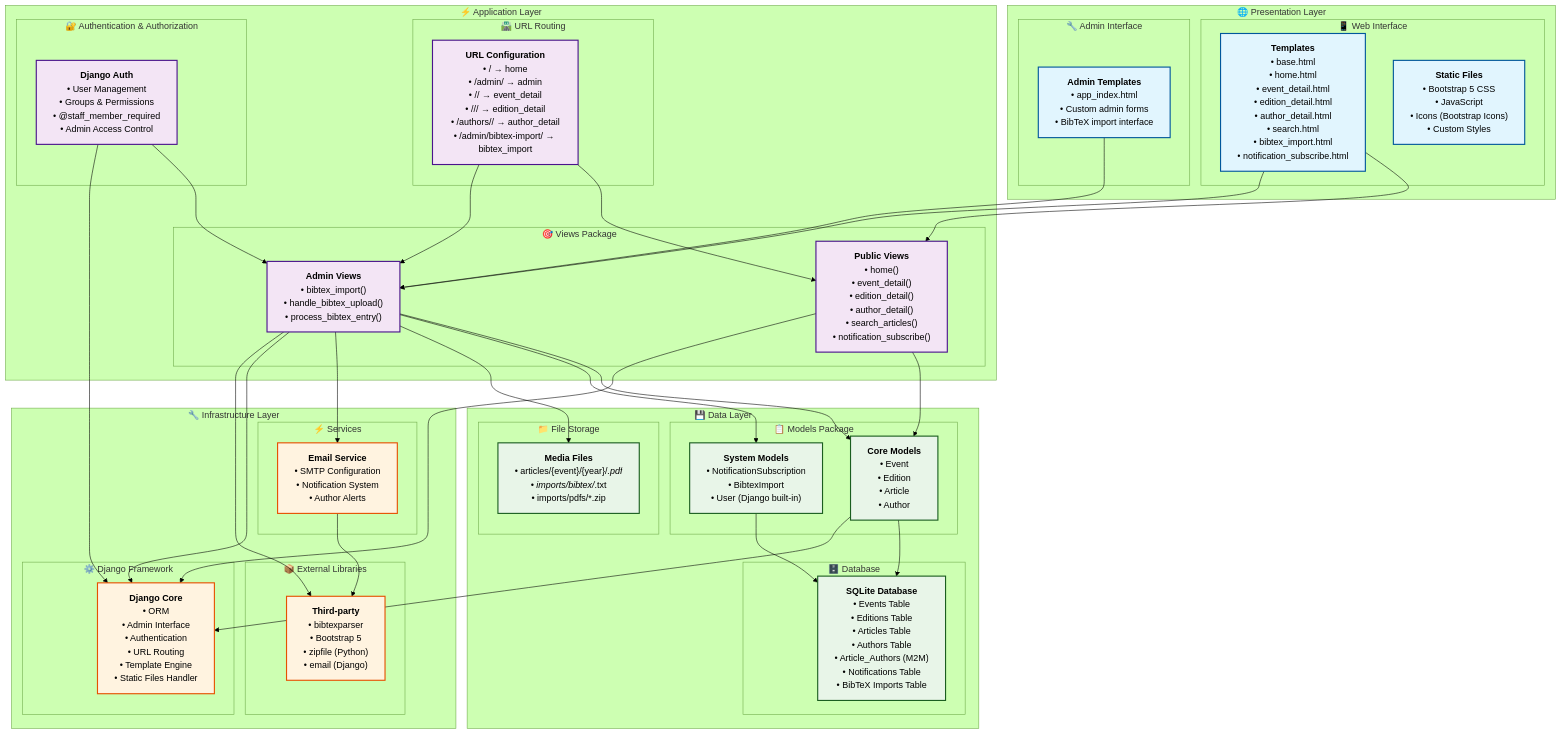
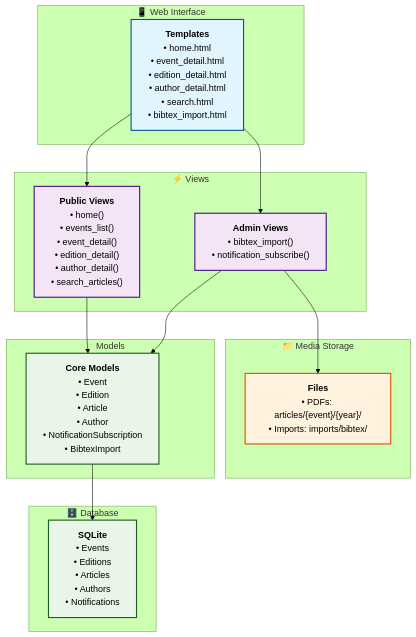
One commit to HaniBR01/paperpaper changed the diagram in docs/package-diagram.md. Above: the diagram before and after it, drawn with Mermaid (forest theme). The commit also changed other lines of this file, not shown here.

Commit message:
docs: simplifica diagrama de pacotes para essencial
- Remove camadas complexas e foca apenas nos componentes principais
- Mantém estrutura MVT do Django: Templates → Views → Models
- Inclui apenas os 5 pacotes essenciais do sistema
- Remove descrições extensas deixando apenas o diagrama
- Melhora legibilidade e clareza da arquitetura
- Cores organizadas por tipo de componente

````diff
--- a/docs/package-diagram.md
+++ b/docs/package-diagram.md
@@ -5,163 +3,70 @@
 ```mermaid
 graph TB
-    subgraph "🌐 Presentation Layer"
-        subgraph "📱 Web Interface"
-            TEMPLATES["`**Templates**
-            • base.html
-            • home.html
-            • event_detail.html
-            • edition_detail.html
-            • author_detail.html
-            • search.html
-            • bibtex_import.html
-            • notification_subscribe.html`"]
-            
-            STATIC["`**Static Files**
-            • Bootstrap 5 CSS
-            • JavaScript
-            • Icons (Bootstrap Icons)
-            • Custom Styles`"]
-        end
-        
-        subgraph "🔧 Admin Interface"
-            ADMIN_TEMPLATES["`**Admin Templates**
-            • app_index.html
-            • Custom admin forms
-            • BibTeX import interface`"]
-        end
+    subgraph "📱 Web Interface"
+        TEMPLATES["`**Templates**
+        • home.html
+        • event_detail.html
+        • edition_detail.html
+        • author_detail.html
+        • search.html
+        • bibtex_import.html`"]
     end
 
-    subgraph "⚡ Application Layer"
-        subgraph "🎯 Views Package"
-            PUBLIC_VIEWS["`**Public Views**
-            • home()
-            • event_detail()
-            • edition_detail()
-            • author_detail()
-            • search_articles()
-            • notification_subscribe()`"]
-            
-            ADMIN_VIEWS["`**Admin Views**
-            • bibtex_import()
-            • handle_bibtex_upload()
-            • process_bibtex_entry()`"]
-        end
+    subgraph "⚡ Views"
+        PUBLIC_VIEWS["`**Public Views**
+        • home()
+        • events_list()
+        • event_detail()
+        • edition_detail()
+        • author_detail()
+        • search_articles()`"]
         
-        subgraph "🛣️ URL Routing"
-            URLS["`**URL Configuration**
-            • / → home
-            • /admin/ → admin
-            • /<slug>/ → event_detail
-            • /<slug>/<year>/ → edition_detail
-            • /authors/<slug>/ → author_detail
-            • /admin/bibtex-import/ → bibtex_import`"]
-        end
-        
-        subgraph "🔐 Authentication & Authorization"
-            AUTH["`**Django Auth**
-            • User Management
-            • Groups & Permissions
-            • @staff_member_required
-            • Admin Access Control`"]
-        end
+        ADMIN_VIEWS["`**Admin Views**
+        • bibtex_import()
+        • notification_subscribe()`"]
     end
 
-    subgraph "💾 Data Layer"
-        subgraph "📋 Models Package"
-            CORE_MODELS["`**Core Models**
-            • Event
-            • Edition
-            • Article
-            • Author`"]
-            
-            SYSTEM_MODELS["`**System Models**
-            • NotificationSubscription
-            • BibtexImport
-            • User (Django built-in)`"]
-        end
-        
-        subgraph "🗄️ Database"
-            DATABASE["`**SQLite Database**
-            • Events Table
-            • Editions Table
-            • Articles Table
-            • Authors Table
-            • Article_Authors (M2M)
-            • Notifications Table
-            • BibTeX Imports Table`"]
-        end
-        
-        subgraph "📁 File Storage"
-            MEDIA["`**Media Files**
-            • articles/{event}/{year}/*.pdf
-            • imports/bibtex/*.txt
-            • imports/pdfs/*.zip`"]
-        end
+    subgraph " Models"
+        MODELS["`**Core Models**
+        • Event
+        • Edition
+        • Article
+        • Author
+        • NotificationSubscription
+        • BibtexImport`"]
     end
 
-    subgraph "🔧 Infrastructure Layer"
-        subgraph "⚙️ Django Framework"
-            DJANGO_CORE["`**Django Core**
-            • ORM
-            • Admin Interface
-            • Authentication
-            • URL Routing
-            • Template Engine
-            • Static Files Handler`"]
-        end
-        
-        subgraph "📦 External Libraries"
-            LIBRARIES["`**Third-party**
-            • bibtexparser
-            • Bootstrap 5
-            • zipfile (Python)
-            • email (Django)`"]
-        end
-        
-        subgraph "⚡ Services"
-            EMAIL_SERVICE["`**Email Service**
-            • SMTP Configuration
-            • Notification System
-            • Author Alerts`"]
-        end
+    subgraph "🗄️ Database"
+        DATABASE["`**SQLite**
+        • Events
+        • Editions
+        • Articles
+        • Authors
+        • Notifications`"]
+    end
+
+    subgraph "📁 Media Storage"
+        MEDIA["`**Files**
+        • PDFs: articles/{event}/{year}/
+        • Imports: imports/bibtex/`"]
     end
 
     %% Relationships
     TEMPLATES --> PUBLIC_VIEWS
     TEMPLATES --> ADMIN_VIEWS
-    ADMIN_TEMPLATES --> ADMIN_VIEWS
-    
-    PUBLIC_VIEWS --> CORE_MODELS
-    ADMIN_VIEWS --> CORE_MODELS
-    ADMIN_VIEWS --> SYSTEM_MODELS
-    
-    CORE_MODELS --> DATABASE
-    SYSTEM_MODELS --> DATABASE
-    
+    PUBLIC_VIEWS --> MODELS
+    ADMIN_VIEWS --> MODELS
+    MODELS --> DATABASE
     ADMIN_VIEWS --> MEDIA
-    ADMIN_VIEWS --> EMAIL_SERVICE
-    
-    URLS --> PUBLIC_VIEWS
-    URLS --> ADMIN_VIEWS
-    
-    AUTH --> ADMIN_VIEWS
-    AUTH --> DJANGO_CORE
-    
-    PUBLIC_VIEWS --> DJANGO_CORE
-    ADMIN_VIEWS --> DJANGO_CORE
-    CORE_MODELS --> DJANGO_CORE
-    
-    ADMIN_VIEWS --> LIBRARIES
-    EMAIL_SERVICE --> LIBRARIES
 
     %% Styling
-    classDef presentationColor fill:#e1f5fe,stroke:#01579b,stroke-width:2px
-    classDef applicationColor fill:#f3e5f5,stroke:#4a148c,stroke-width:2px
-    classDef dataColor fill:#e8f5e8,stroke:#1b5e20,stroke-width:2px
-    classDef infrastructureColor fill:#fff3e0,stroke:#e65100,stroke-width:2px
+    classDef presentation fill:#e1f5fe,stroke:#01579b,stroke-width:2px
+    classDef application fill:#f3e5f5,stroke:#4a148c,stroke-width:2px
+    classDef data fill:#e8f5e8,stroke:#1b5e20,stroke-width:2px
+    classDef storage fill:#fff3e0,stroke:#e65100,stroke-width:2px
     
-    class TEMPLATES,STATIC,ADMIN_TEMPLATES presentationColor
-    class PUBLIC_VIEWS,ADMIN_VIEWS,URLS,AUTH applicationColor
-    class CORE_MODELS,SYSTEM_MODELS,DATABASE,MEDIA dataColor
-    class DJANGO_CORE,LIBRARIES,EMAIL_SERVICE infrastructureColor
+    class TEMPLATES presentation
+    class PUBLIC_VIEWS,ADMIN_VIEWS application
+    class MODELS,DATABASE data
+    class MEDIA storage
 ```
````
